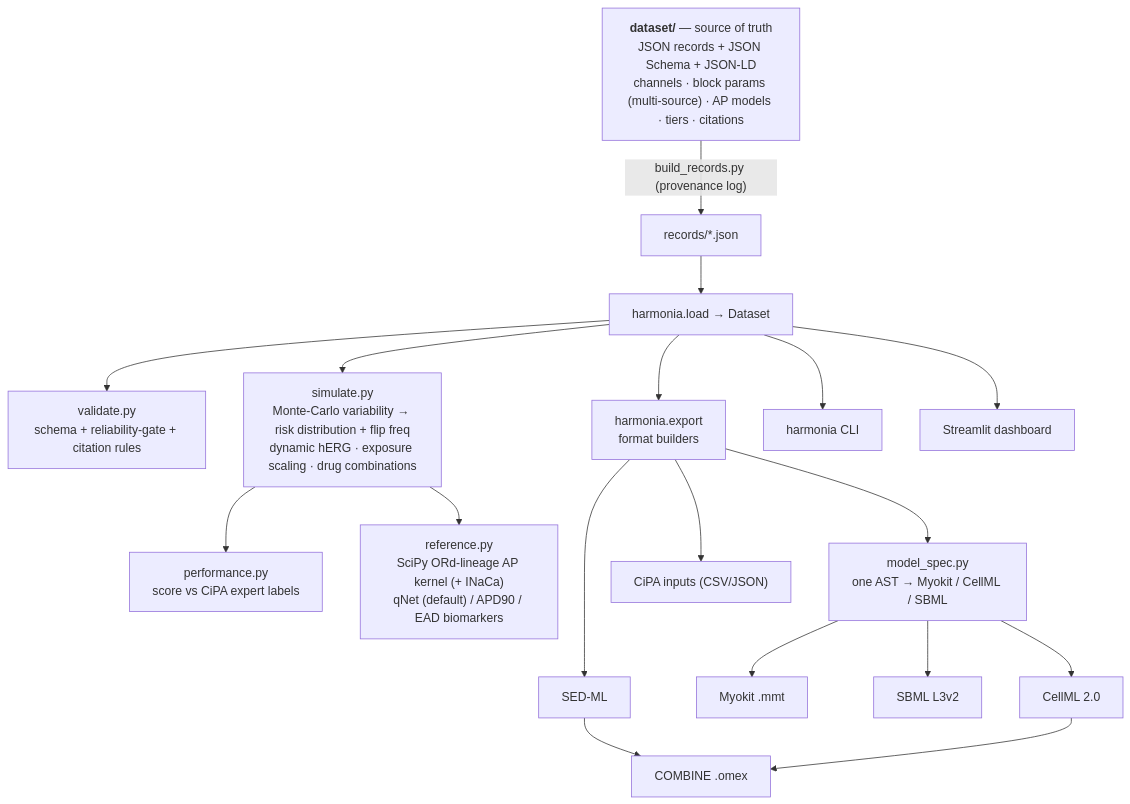
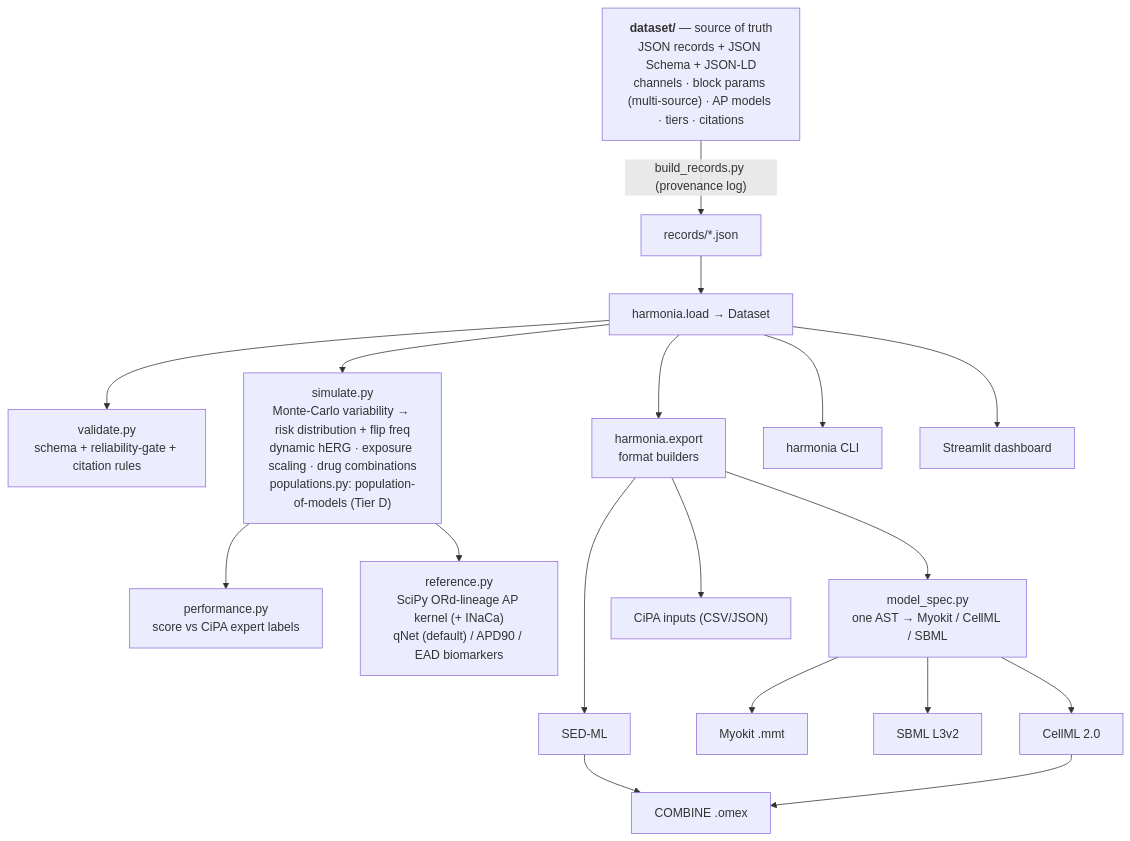
One commit to clay-good/harmonia changed the diagram in README.md. Above: the diagram before and after it, drawn with Mermaid. The commit also changed other lines of this file and 20 other files, not shown here.

First line of the commit message:
Phase E: population-of-models risk spread (hypothesis-tier) + .omex determinism fix

````diff
--- a/README.md
+++ b/README.md
@@ -137,20 +144,20 @@
 ```mermaid
 flowchart TD
     DS["<b>dataset/</b> — source of truth<br/>JSON records + JSON Schema + JSON-LD<br/>channels · block params (multi-source) · AP models · tiers · citations"]
     DS -->|"build_records.py (provenance log)"| REC["records/*.json"]
     REC --> LOAD["harmonia.load → Dataset"]
     LOAD --> VAL["validate.py<br/>schema + reliability-gate + citation rules"]
-    LOAD --> SIM["simulate.py<br/>Monte-Carlo variability → risk distribution + flip freq<br/>dynamic hERG · exposure scaling · drug combinations"]
+    LOAD --> SIM["simulate.py<br/>Monte-Carlo variability → risk distribution + flip freq<br/>dynamic hERG · exposure scaling · drug combinations<br/>populations.py: population-of-models (Tier D)"]
     LOAD --> EXP["harmonia.export<br/>format builders"]
     SIM --> PERF["performance.py<br/>score vs CiPA expert labels"]
     SIM --> REF["reference.py<br/>SciPy ORd-lineage AP kernel (+ INaCa)<br/>qNet (default) / APD90 / EAD biomarkers"]
     EXP --> SPEC["model_spec.py<br/>one AST → Myokit / CellML / SBML"]
     SPEC --> CELLML["CellML 2.0"]
     SPEC --> MYOKIT["Myokit .mmt"]
     SPEC --> SBML["SBML L3v2"]
     EXP --> CIPA["CiPA inputs (CSV/JSON)"]
     EXP --> SEDML["SED-ML"] --> OMEX["COMBINE .omex"]
     CELLML --> OMEX
     LOAD --> CLI["harmonia CLI"]
     LOAD --> DASH["Streamlit dashboard"]
 ```
````
